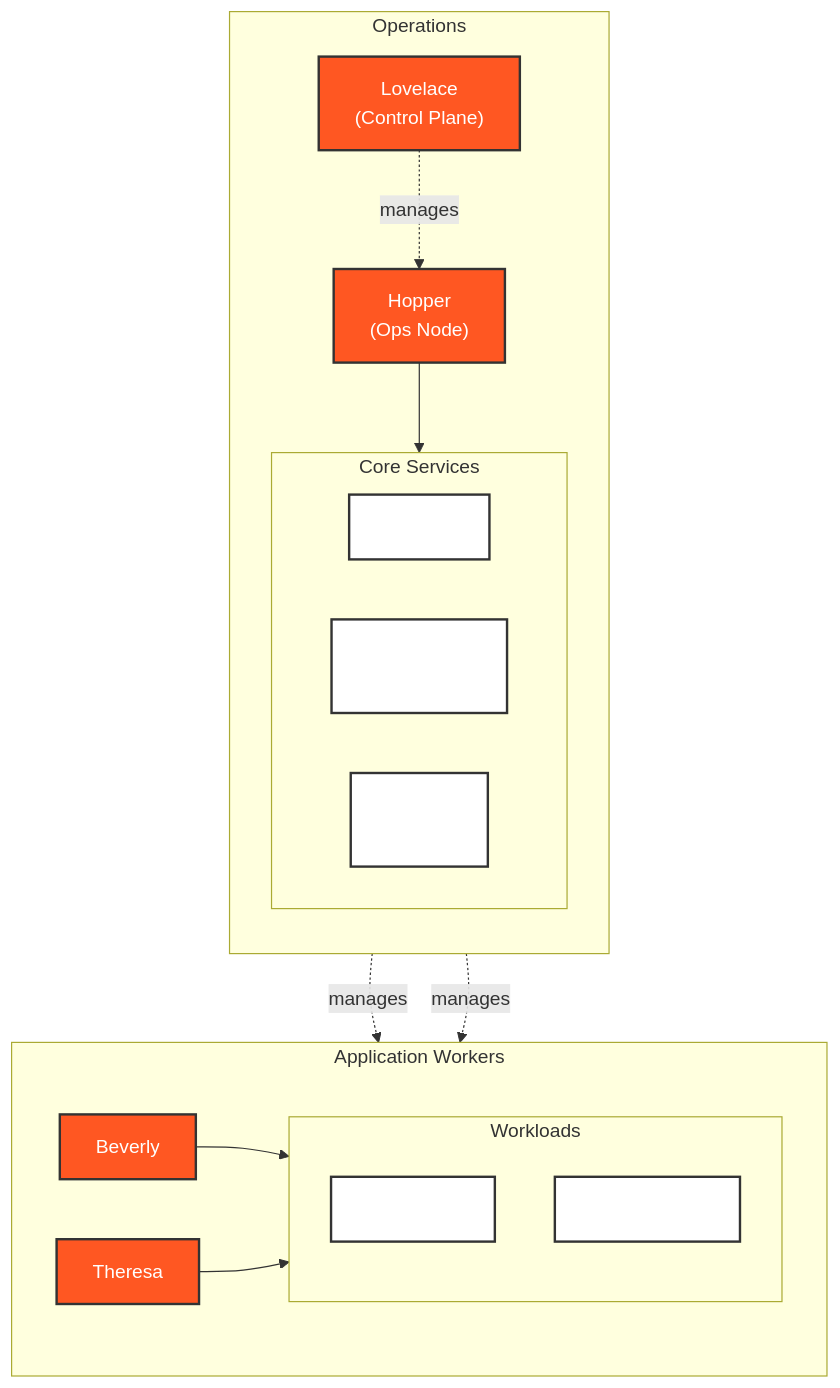
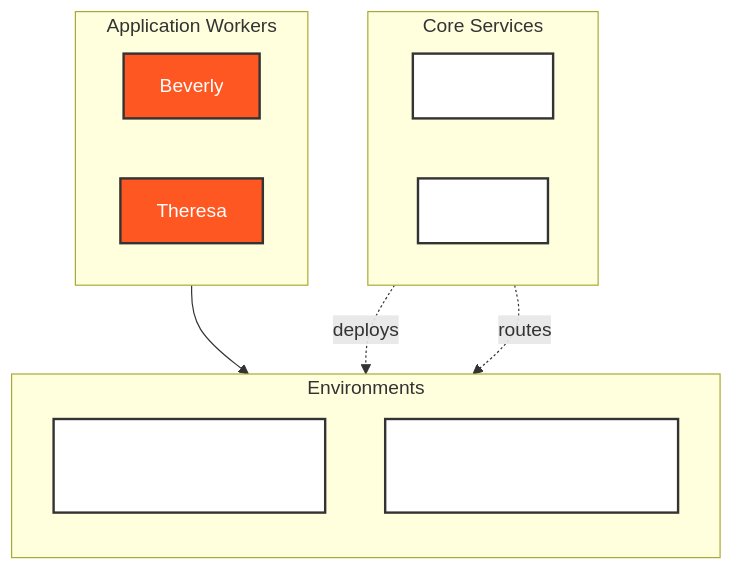
The third of 3 diagrams in docs/getting-started/our-cluster.md (Indy-Center/docs), drawn with Mermaid before and after one commit. The commit also changed other lines of this file and 6 other files, not shown here.

````diff
--- a/docs/getting-started/our-cluster.md
+++ b/docs/getting-started/our-cluster.md
@@ -12,44 +56,32 @@
 ```mermaid
 flowchart TB
     %% Styling
     classDef node fill:#ff5722,stroke:#333,stroke-width:2px,color:white;
     classDef service fill:#fff,stroke:#333,stroke-width:2px;
 
-    %% Operations Nodes
-    subgraph ops["Operations"]
-        direction TB
-        lovelace["Lovelace<br/>(Control Plane)"]:::node
-        hopper["Hopper<br/>(Ops Node)"]:::node
-
-        %% Core Services
-        subgraph core["Core Services"]
-            direction LR
-            argocd["ArgoCD"]:::service
-            monitoring["Prometheus<br/>& Grafana"]:::service
-            secrets["Sealed<br/>Secrets"]:::service
-        end
-
-        %% Connect services to ops node
-        hopper --> core
-    end
-
     %% Worker Nodes
     subgraph workers["Application Workers"]
         direction LR
         beverly["Beverly"]:::node
         theresa["Theresa"]:::node
-
-        %% Workload types
-        subgraph apps["Workloads"]
-            direction TB
-            prod["Production"]:::service
-            dev["Development"]:::service
-        end
-
-        %% Connect workers to workloads
-        beverly & theresa --> apps
     end
 
-    %% Control plane connections
-    lovelace -. manages .-> hopper & beverly & theresa
+    %% Workloads
+    subgraph envs["Environments"]
+        direction TB
+        prod["Production Namespace<br/>*.zid-internal.com"]:::service
+        dev["Development Namespace<br/>*.dev.zid-internal.com"]:::service
+    end
+
+    %% Core Services that interact with workloads
+    subgraph core["Core Services"]
+        direction LR
+        argocd["ArgoCD"]:::service
+        traefik["Traefik"]:::service
+    end
+
+    %% Relationships
+    workers --> envs
+    argocd -. "deploys" .-> envs
+    traefik -. "routes" .-> envs
 ```
````
